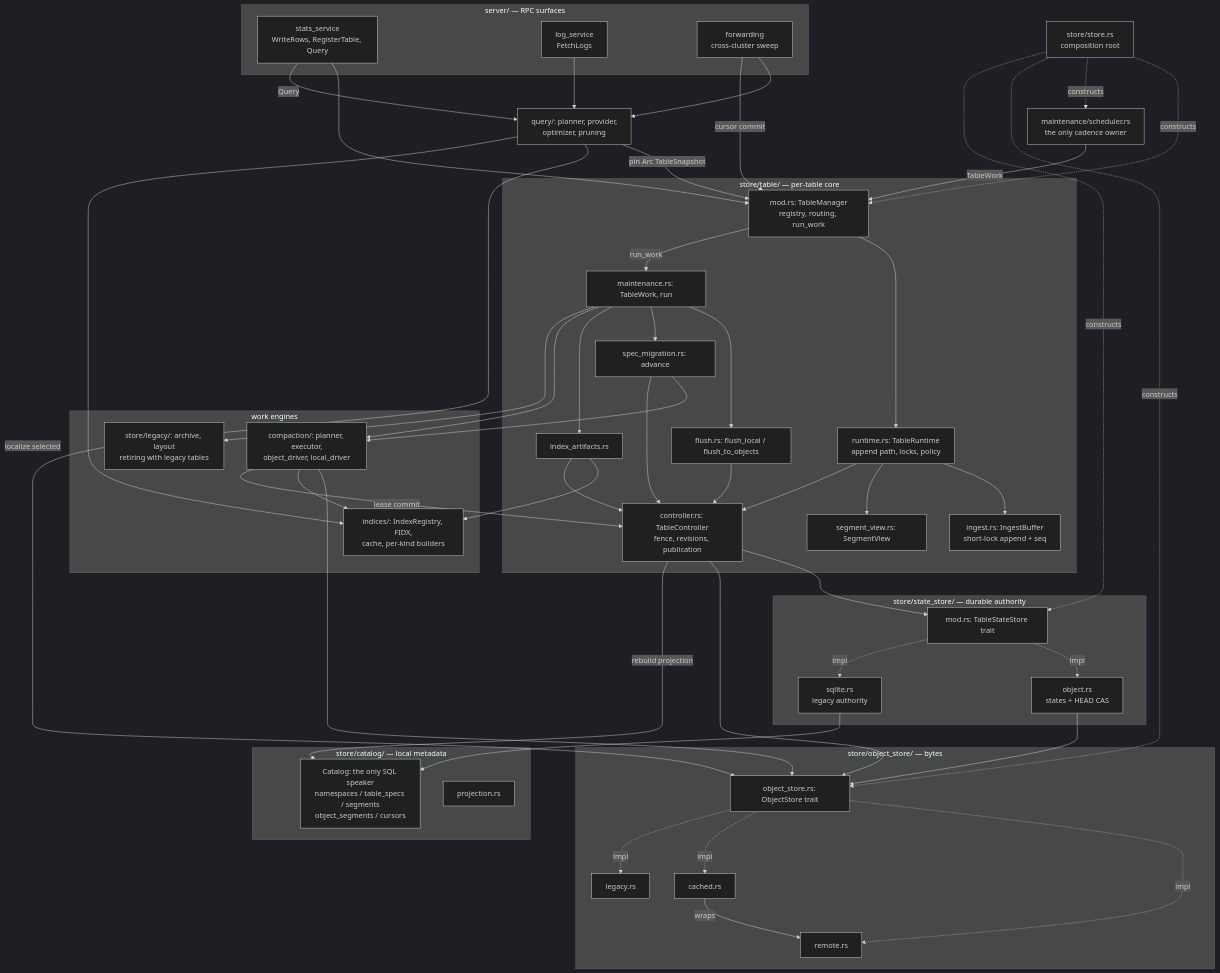
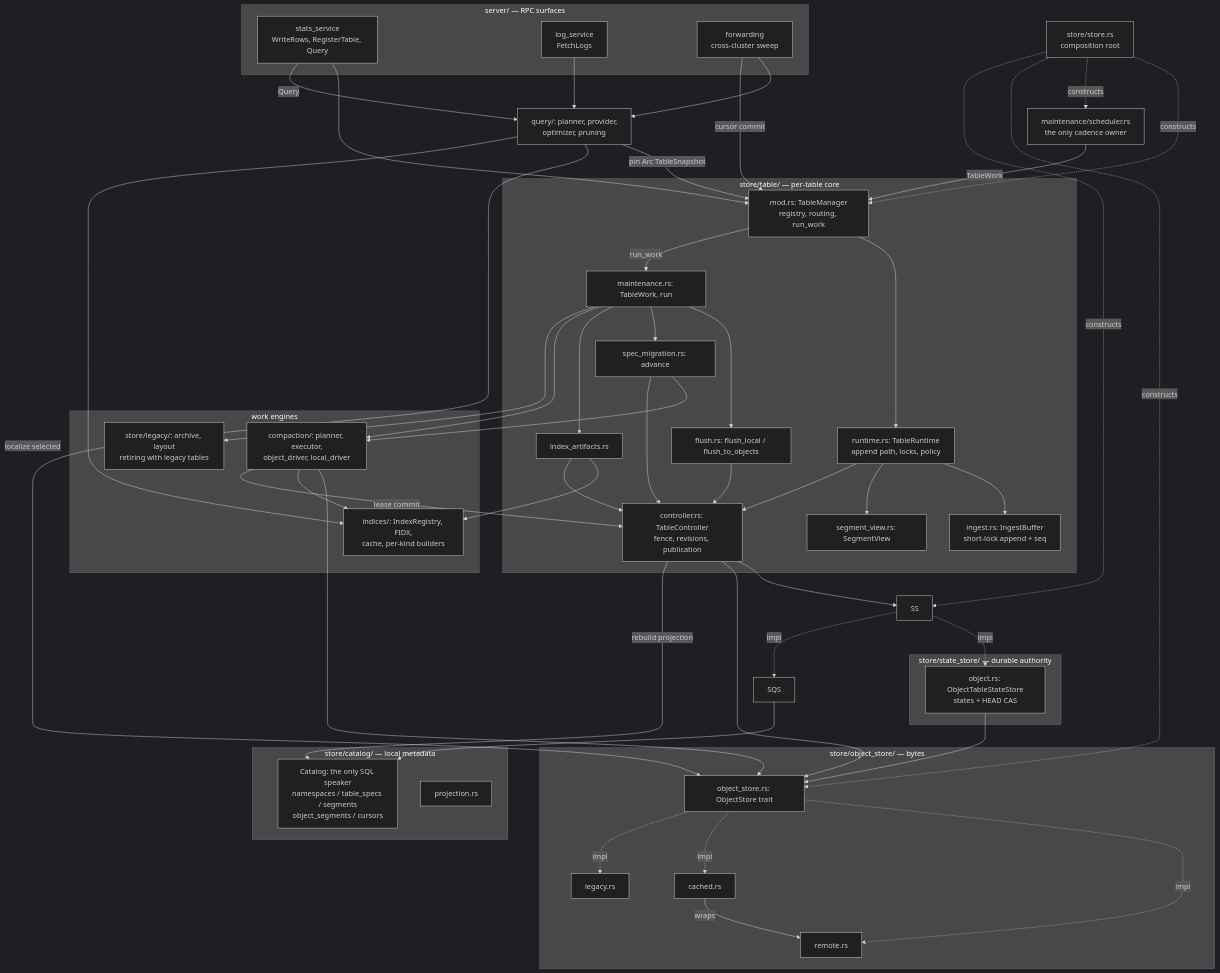
Before and after one commit to marin-community/marin: the first of 6 diagrams in lib/finelog/ARCHITECTURE.md, drawn with Mermaid (dark theme). The commit also changed other lines of this file and 16 other files, not shown here.

```diff
--- a/lib/finelog/ARCHITECTURE.md
+++ b/lib/finelog/ARCHITECTURE.md
@@ -30,9 +30,7 @@
     end
 
     subgraph durable["store/state_store/ — durable authority"]
-        SS[mod.rs: TableStateStore trait]
-        OSS[object.rs<br/>states + HEAD CAS]
-        SQS[sqlite.rs<br/>legacy authority]
+        OSS[object.rs: ObjectTableStateStore<br/>states + HEAD CAS]
     end
 
     subgraph objects["store/object_store/ — bytes"]
```
